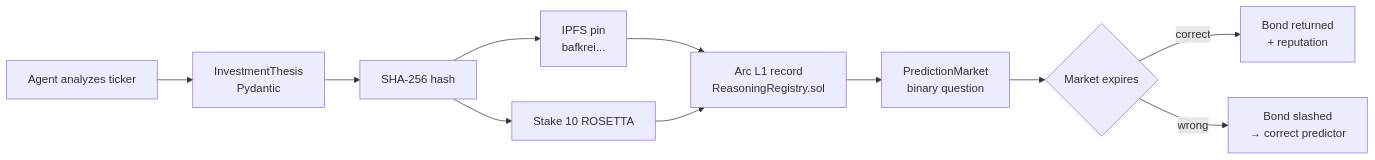
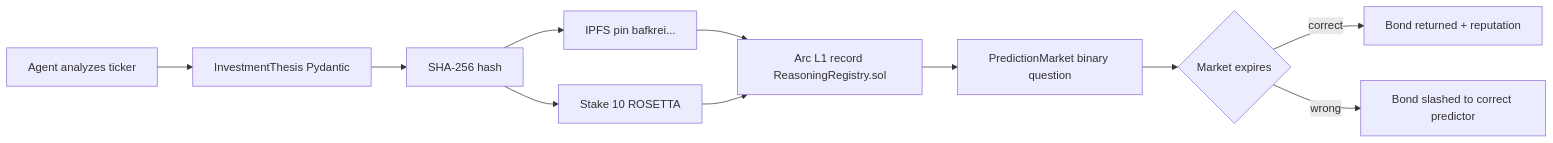
Before and after one commit to Mihai-Codes/rosetta-alpha: the second of 2 diagrams in README.md, drawn with Mermaid.

Commit message:
fix: repair mermaid diagram syntax for GitHub rendering
Remove \n line breaks and special arrow characters from node labels
that caused GitHub's mermaid renderer to get stuck in loading state.

````diff
--- a/README.md
+++ b/README.md
@@ -200,13 +200,13 @@
 ```mermaid
 flowchart LR
-    A["Agent analyzes ticker"] --> B["InvestmentThesis\nPydantic"]
+    A["Agent analyzes ticker"] --> B["InvestmentThesis Pydantic"]
     B --> C["SHA-256 hash"]
-    C --> D["IPFS pin\nbafkrei..."]
+    C --> D["IPFS pin bafkrei..."]
     C --> E["Stake 10 ROSETTA"]
-    D --> F["Arc L1 record\nReasoningRegistry.sol"]
+    D --> F["Arc L1 record ReasoningRegistry.sol"]
     E --> F
-    F --> G["PredictionMarket\nbinary question"]
+    F --> G["PredictionMarket binary question"]
     G --> H{"Market expires"}
-    H -->|correct| I["Bond returned\n+ reputation"]
-    H -->|wrong| J["Bond slashed\n→ correct predictor"]
+    H -->|correct| I["Bond returned + reputation"]
+    H -->|wrong| J["Bond slashed to correct predictor"]
 ```
````
